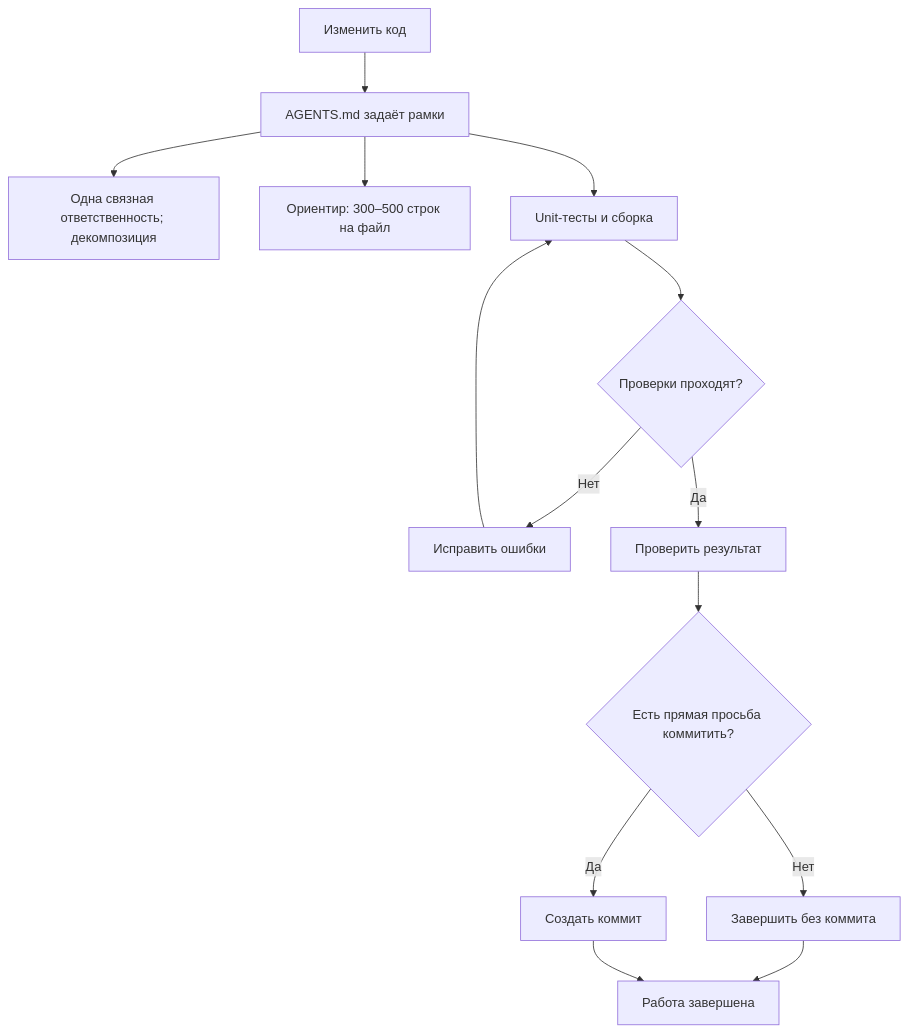
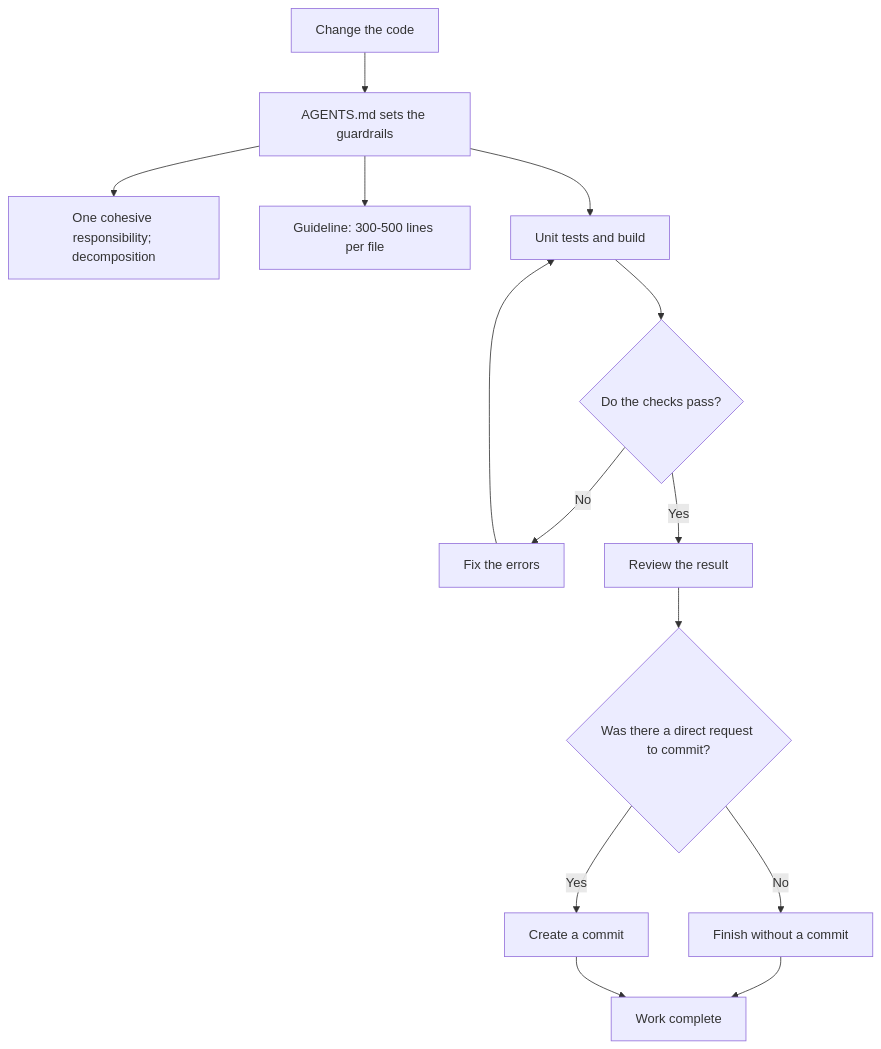
Before and after one commit to evgenyigumnov/subtask4llm: the sixth of 7 diagrams in article.en.md, drawn with Mermaid. The commit also changed other lines of this file, not shown here.

````diff
--- a/article.en.md
+++ b/article.en.md
@@ -115,16 +114,16 @@
 ```mermaid
 flowchart TB
-  change["Изменить код"] --> rules["AGENTS.md задаёт рамки"]
-  rules --> design["Одна связная ответственность; декомпозиция"]
-  rules --> limit["Ориентир: 300–500 строк на файл"]
-  rules --> tests["Unit-тесты и сборка"]
-  tests --> pass{"Проверки проходят?"}
-  pass -->|"Нет"| fix["Исправить ошибки"]
+  change["Change the code"] --> rules["AGENTS.md sets the guardrails"]
+  rules --> design["One cohesive responsibility; decomposition"]
+  rules --> limit["Guideline: 300-500 lines per file"]
+  rules --> tests["Unit tests and build"]
+  tests --> pass{"Do the checks pass?"}
+  pass -->|"No"| fix["Fix the errors"]
   fix --> tests
-  pass -->|"Да"| review["Проверить результат"]
-  review --> commitRequest{"Есть прямая просьба коммитить?"}
-  commitRequest -->|"Да"| commit["Создать коммит"]
-  commitRequest -->|"Нет"| noCommit["Завершить без коммита"]
-  noCommit --> done["Работа завершена"]
+  pass -->|"Yes"| review["Review the result"]
+  review --> commitRequest{"Was there a direct request to commit?"}
+  commitRequest -->|"Yes"| commit["Create a commit"]
+  commitRequest -->|"No"| noCommit["Finish without a commit"]
+  noCommit --> done["Work complete"]
   commit --> done
 ```
````
